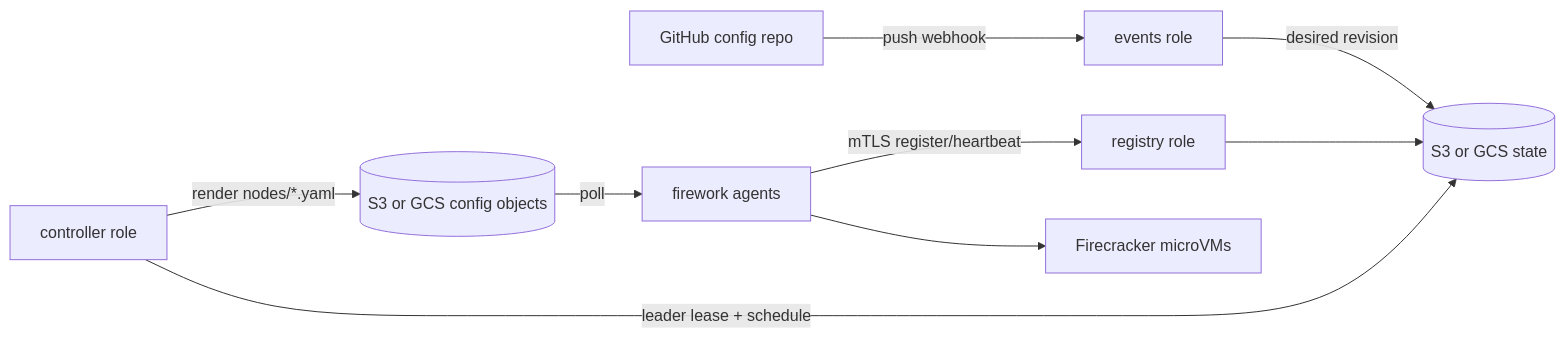
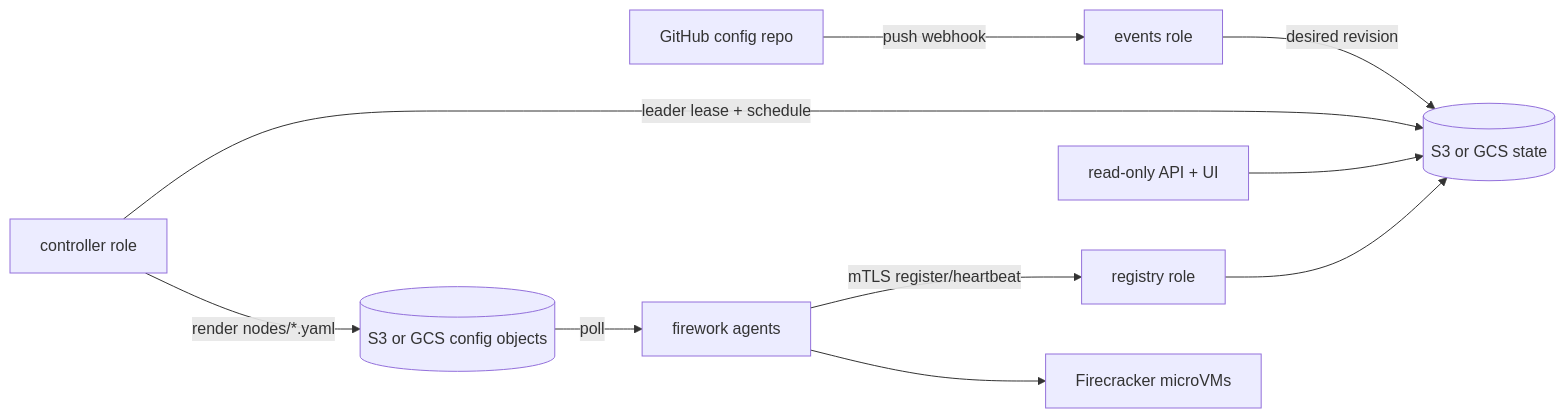
One commit to artemnikitin/firework changed the diagram in docs/architecture/README.md. Above: the diagram before and after it, drawn with Mermaid. The commit also changed other lines of this file and 35 other files, not shown here.

````diff
--- a/docs/architecture/README.md
+++ b/docs/architecture/README.md
@@ -40,11 +42,12 @@
 ```mermaid
 flowchart LR
   GH[GitHub config repo] -->|push webhook| EV[events role]
   EV -->|desired revision| STATE[(S3 or GCS state)]
   AGENTS[firework agents] -->|mTLS register/heartbeat| REG[registry role]
   REG --> STATE
   CTRL[controller role] -->|leader lease + schedule| STATE
   CTRL -->|render nodes/*.yaml| CFG[(S3 or GCS config objects)]
+  API[read-only API + UI] --> STATE
   CFG -->|poll| AGENTS
   AGENTS --> FC[Firecracker microVMs]
 ```
````
